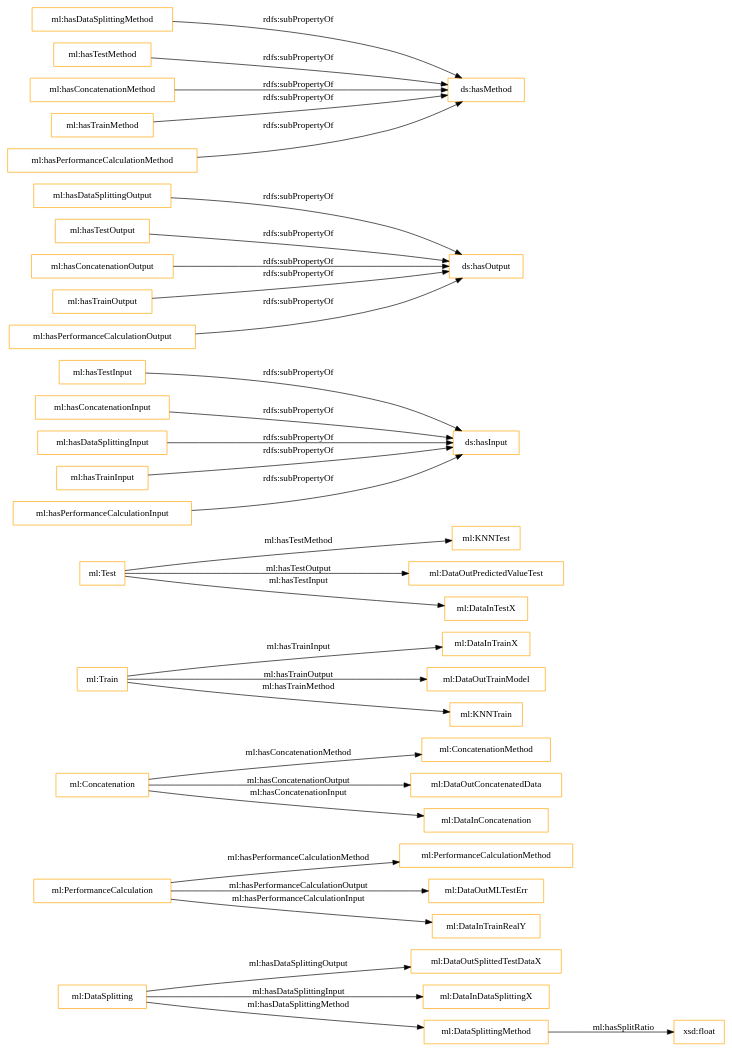
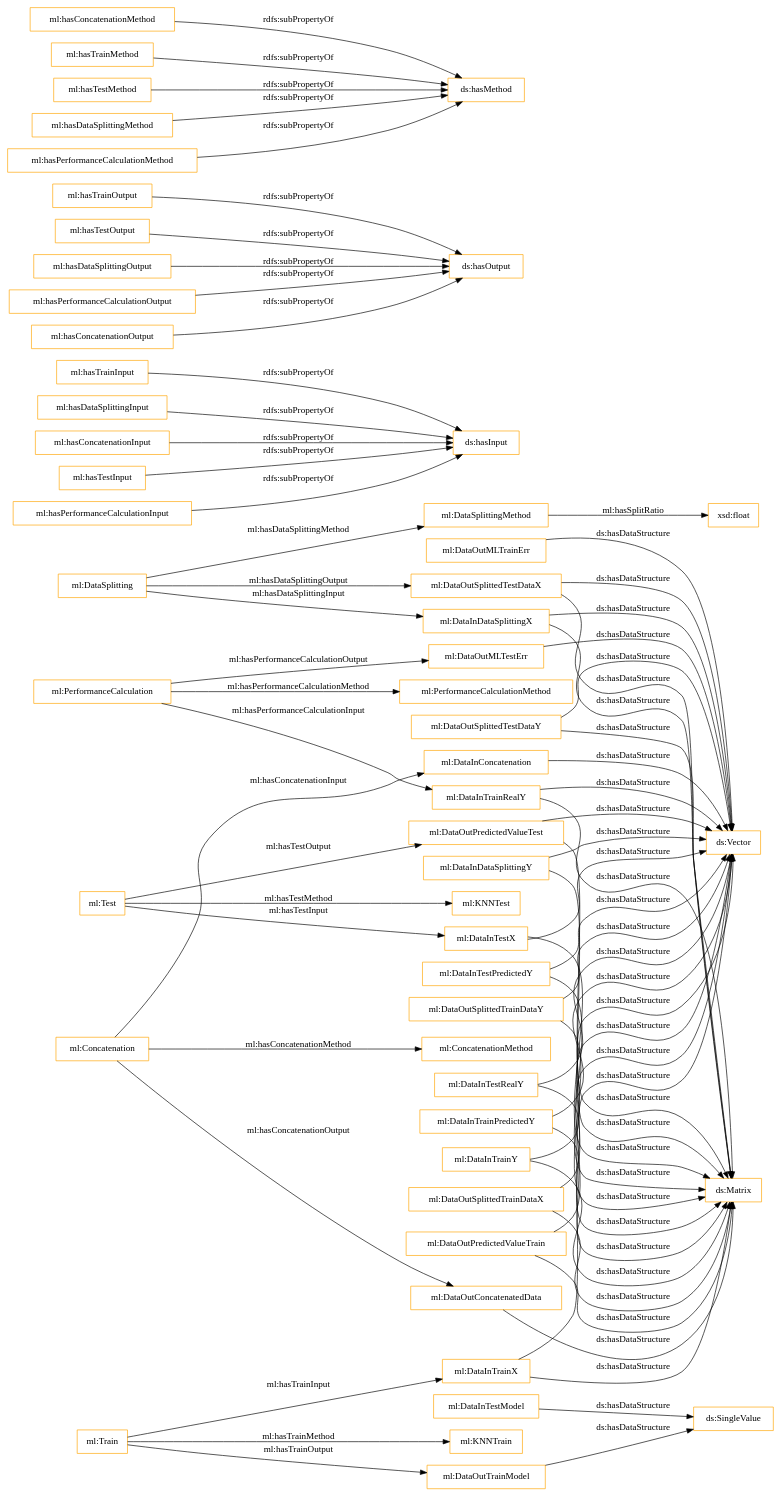
Before and after one commit to nsai-uio/ExeKGOntology: the diagram in OnToology/ml_exeKGOntology.ttl/diagrams/ar2dtool-class/ml_exeKGOntology.ttl.png.dot, drawn with Graphviz. The commit also changed 35 other files, not shown here.

```diff
--- a/OnToology/ml_exeKGOntology.ttl/diagrams/ar2dtool-class/ml_exeKGOntology.ttl.png.dot
+++ b/OnToology/ml_exeKGOntology.ttl/diagrams/ar2dtool-class/ml_exeKGOntology.ttl.png.dot
@@ -1,37 +1,73 @@
 digraph ar2dtool_diagram { 
 rankdir=LR;
 size="1501"
-node [shape = rectangle, color="orange"]; "ml:DataOutSplittedTestDataX" "ml:PerformanceCalculationMethod" "ml:Concatenation" "ml:ConcatenationMethod" "ml:DataInTrainX" "ml:DataOutConcatenatedData" "ml:DataSplitting" "ml:KNNTest" "ml:Test" "ml:DataInDataSplittingX" "ml:DataSplittingMethod" "ml:Train" "ml:PerformanceCalculation" "ml:DataOutTrainModel" "ml:DataOutPredictedValueTest" "ml:DataInTestX" "ml:KNNTrain" "ml:DataOutMLTestErr" "ml:DataInConcatenation" "ml:DataInTrainRealY" ; /*classes style*/
+node [shape = rectangle, color="orange"]; "ml:DataInTestPredictedY" "ml:DataInDataSplittingY" "ml:DataInTrainY" "ml:DataOutSplittedTestDataX" "ml:PerformanceCalculationMethod" "ml:Concatenation" "ml:ConcatenationMethod" "ml:DataInTestModel" "ml:DataOutPredictedValueTrain" "ml:DataOutMLTrainErr" "ml:DataInTestRealY" "ml:DataInTrainX" "ml:DataOutConcatenatedData" "ml:DataSplitting" "ml:KNNTest" "ml:Test" "ml:DataInDataSplittingX" "ml:DataSplittingMethod" "ml:Train" "ml:PerformanceCalculation" "ml:DataOutTrainModel" "ml:DataOutPredictedValueTest" "ml:DataOutSplittedTrainDataY" "ml:DataOutSplittedTrainDataX" "ml:DataInTestX" "ml:KNNTrain" "ml:DataInTrainPredictedY" "ml:DataOutMLTestErr" "ml:DataOutSplittedTestDataY" "ml:DataInConcatenation" "ml:DataInTrainRealY" ; /*classes style*/
+	"ml:DataOutSplittedTrainDataX" -> "ds:Vector" [ label = "ds:hasDataStructure" ];
+	"ml:DataOutSplittedTrainDataX" -> "ds:Matrix" [ label = "ds:hasDataStructure" ];
+	"ml:DataInTestModel" -> "ds:SingleValue" [ label = "ds:hasDataStructure" ];
+	"ml:hasTrainInput" -> "ds:hasInput" [ label = "rdfs:subPropertyOf" ];
+	"ml:hasTrainOutput" -> "ds:hasOutput" [ label = "rdfs:subPropertyOf" ];
+	"ml:DataOutTrainModel" -> "ds:SingleValue" [ label = "ds:hasDataStructure" ];
+	"ml:DataInTrainX" -> "ds:Vector" [ label = "ds:hasDataStructure" ];
+	"ml:DataInTrainX" -> "ds:Matrix" [ label = "ds:hasDataStructure" ];
+	"ml:hasTestOutput" -> "ds:hasOutput" [ label = "rdfs:subPropertyOf" ];
+	"ml:DataOutSplittedTestDataY" -> "ds:Vector" [ label = "ds:hasDataStructure" ];
+	"ml:DataOutSplittedTestDataY" -> "ds:Matrix" [ label = "ds:hasDataStructure" ];
+	"ml:DataInDataSplittingY" -> "ds:Vector" [ label = "ds:hasDataStructure" ];
+	"ml:DataInDataSplittingY" -> "ds:Matrix" [ label = "ds:hasDataStructure" ];
+	"ml:DataInTrainPredictedY" -> "ds:Vector" [ label = "ds:hasDataStructure" ];
+	"ml:DataInTrainPredictedY" -> "ds:Matrix" [ label = "ds:hasDataStructure" ];
+	"ml:hasConcatenationMethod" -> "ds:hasMethod" [ label = "rdfs:subPropertyOf" ];
+	"ml:hasDataSplittingOutput" -> "ds:hasOutput" [ label = "rdfs:subPropertyOf" ];
+	"ml:DataOutSplittedTestDataX" -> "ds:Vector" [ label = "ds:hasDataStructure" ];
+	"ml:DataOutSplittedTestDataX" -> "ds:Matrix" [ label = "ds:hasDataStructure" ];
+	"ml:DataInDataSplittingX" -> "ds:Vector" [ label = "ds:hasDataStructure" ];
+	"ml:DataInDataSplittingX" -> "ds:Matrix" [ label = "ds:hasDataStructure" ];
+	"ml:hasTrainMethod" -> "ds:hasMethod" [ label = "rdfs:subPropertyOf" ];
+	"ml:DataInTestX" -> "ds:Vector" [ label = "ds:hasDataStructure" ];
+	"ml:DataInTestX" -> "ds:Matrix" [ label = "ds:hasDataStructure" ];
+	"ml:DataInConcatenation" -> "ds:Vector" [ label = "ds:hasDataStructure" ];
+	"ml:hasPerformanceCalculationOutput" -> "ds:hasOutput" [ label = "rdfs:subPropertyOf" ];
+	"ml:DataOutPredictedValueTest" -> "ds:Vector" [ label = "ds:hasDataStructure" ];
+	"ml:DataOutPredictedValueTest" -> "ds:Matrix" [ label = "ds:hasDataStructure" ];
+	"ml:hasTestMethod" -> "ds:hasMethod" [ label = "rdfs:subPropertyOf" ];
+	"ml:DataInTestRealY" -> "ds:Vector" [ label = "ds:hasDataStructure" ];
+	"ml:DataInTestRealY" -> "ds:Matrix" [ label = "ds:hasDataStructure" ];
+	"ml:hasDataSplittingMethod" -> "ds:hasMethod" [ label = "rdfs:subPropertyOf" ];
+	"ml:DataInTrainRealY" -> "ds:Vector" [ label = "ds:hasDataStructure" ];
+	"ml:DataInTrainRealY" -> "ds:Matrix" [ label = "ds:hasDataStructure" ];
+	"ml:hasDataSplittingInput" -> "ds:hasInput" [ label = "rdfs:subPropertyOf" ];
+	"ml:hasConcatenationInput" -> "ds:hasInput" [ label = "rdfs:subPropertyOf" ];
+	"ml:DataOutMLTrainErr" -> "ds:Vector" [ label = "ds:hasDataStructure" ];
+	"ml:hasPerformanceCalculationMethod" -> "ds:hasMethod" [ label = "rdfs:subPropertyOf" ];
+	"ml:DataOutPredictedValueTrain" -> "ds:Vector" [ label = "ds:hasDataStructure" ];
+	"ml:DataOutPredictedValueTrain" -> "ds:Matrix" [ label = "ds:hasDataStructure" ];
+	"ml:DataInTestPredictedY" -> "ds:Vector" [ label = "ds:hasDataStructure" ];
+	"ml:DataInTestPredictedY" -> "ds:Matrix" [ label = "ds:hasDataStructure" ];
+	"ml:DataOutConcatenatedData" -> "ds:Matrix" [ label = "ds:hasDataStructure" ];
+	"ml:DataOutSplittedTrainDataY" -> "ds:Vector" [ label = "ds:hasDataStructure" ];
+	"ml:DataOutSplittedTrainDataY" -> "ds:Matrix" [ label = "ds:hasDataStructure" ];
 	"ml:hasTestInput" -> "ds:hasInput" [ label = "rdfs:subPropertyOf" ];
-	"ml:hasDataSplittingOutput" -> "ds:hasOutput" [ label = "rdfs:subPropertyOf" ];
-	"ml:hasTestOutput" -> "ds:hasOutput" [ label = "rdfs:subPropertyOf" ];
-	"ml:hasConcatenationInput" -> "ds:hasInput" [ label = "rdfs:subPropertyOf" ];
-	"ml:hasDataSplittingMethod" -> "ds:hasMethod" [ label = "rdfs:subPropertyOf" ];
-	"ml:hasDataSplittingInput" -> "ds:hasInput" [ label = "rdfs:subPropertyOf" ];
+	"ml:DataInTrainY" -> "ds:Vector" [ label = "ds:hasDataStructure" ];
+	"ml:DataInTrainY" -> "ds:Matrix" [ label = "ds:hasDataStructure" ];
+	"ml:hasPerformanceCalculationInput" -> "ds:hasInput" [ label = "rdfs:subPropertyOf" ];
 	"ml:hasConcatenationOutput" -> "ds:hasOutput" [ label = "rdfs:subPropertyOf" ];
-	"ml:hasTestMethod" -> "ds:hasMethod" [ label = "rdfs:subPropertyOf" ];
-	"ml:hasTrainOutput" -> "ds:hasOutput" [ label = "rdfs:subPropertyOf" ];
-	"ml:hasConcatenationMethod" -> "ds:hasMethod" [ label = "rdfs:subPropertyOf" ];
-	"ml:hasTrainInput" -> "ds:hasInput" [ label = "rdfs:subPropertyOf" ];
-	"ml:hasTrainMethod" -> "ds:hasMethod" [ label = "rdfs:subPropertyOf" ];
-	"ml:hasPerformanceCalculationOutput" -> "ds:hasOutput" [ label = "rdfs:subPropertyOf" ];
-	"ml:hasPerformanceCalculationInput" -> "ds:hasInput" [ label = "rdfs:subPropertyOf" ];
-	"ml:hasPerformanceCalculationMethod" -> "ds:hasMethod" [ label = "rdfs:subPropertyOf" ];
+	"ml:DataOutMLTestErr" -> "ds:Vector" [ label = "ds:hasDataStructure" ];
+	"ml:Train" -> "ml:DataOutTrainModel" [ label = "ml:hasTrainOutput" ];
 	"ml:Test" -> "ml:DataOutPredictedValueTest" [ label = "ml:hasTestOutput" ];
 	"ml:Concatenation" -> "ml:DataInConcatenation" [ label = "ml:hasConcatenationInput" ];
-	"ml:Train" -> "ml:DataOutTrainModel" [ label = "ml:hasTrainOutput" ];
 	"ml:PerformanceCalculation" -> "ml:PerformanceCalculationMethod" [ label = "ml:hasPerformanceCalculationMethod" ];
 	"ml:Test" -> "ml:KNNTest" [ label = "ml:hasTestMethod" ];
+	"ml:PerformanceCalculation" -> "ml:DataOutMLTestErr" [ label = "ml:hasPerformanceCalculationOutput" ];
 	"ml:DataSplitting" -> "ml:DataSplittingMethod" [ label = "ml:hasDataSplittingMethod" ];
-	"ml:PerformanceCalculation" -> "ml:DataOutMLTestErr" [ label = "ml:hasPerformanceCalculationOutput" ];
 	"ml:Test" -> "ml:DataInTestX" [ label = "ml:hasTestInput" ];
 	"ml:Concatenation" -> "ml:ConcatenationMethod" [ label = "ml:hasConcatenationMethod" ];
 	"ml:DataSplitting" -> "ml:DataOutSplittedTestDataX" [ label = "ml:hasDataSplittingOutput" ];
 	"ml:PerformanceCalculation" -> "ml:DataInTrainRealY" [ label = "ml:hasPerformanceCalculationInput" ];
 	"ml:Train" -> "ml:KNNTrain" [ label = "ml:hasTrainMethod" ];
 	"ml:DataSplitting" -> "ml:DataInDataSplittingX" [ label = "ml:hasDataSplittingInput" ];
 	"ml:Concatenation" -> "ml:DataOutConcatenatedData" [ label = "ml:hasConcatenationOutput" ];
+	"ml:Train" -> "ml:DataInTrainX" [ label = "ml:hasTrainInput" ];
 	"ml:DataSplittingMethod" -> "xsd:float" [ label = "ml:hasSplitRatio" ];
-	"ml:Train" -> "ml:DataInTrainX" [ label = "ml:hasTrainInput" ];
 
 }
```
